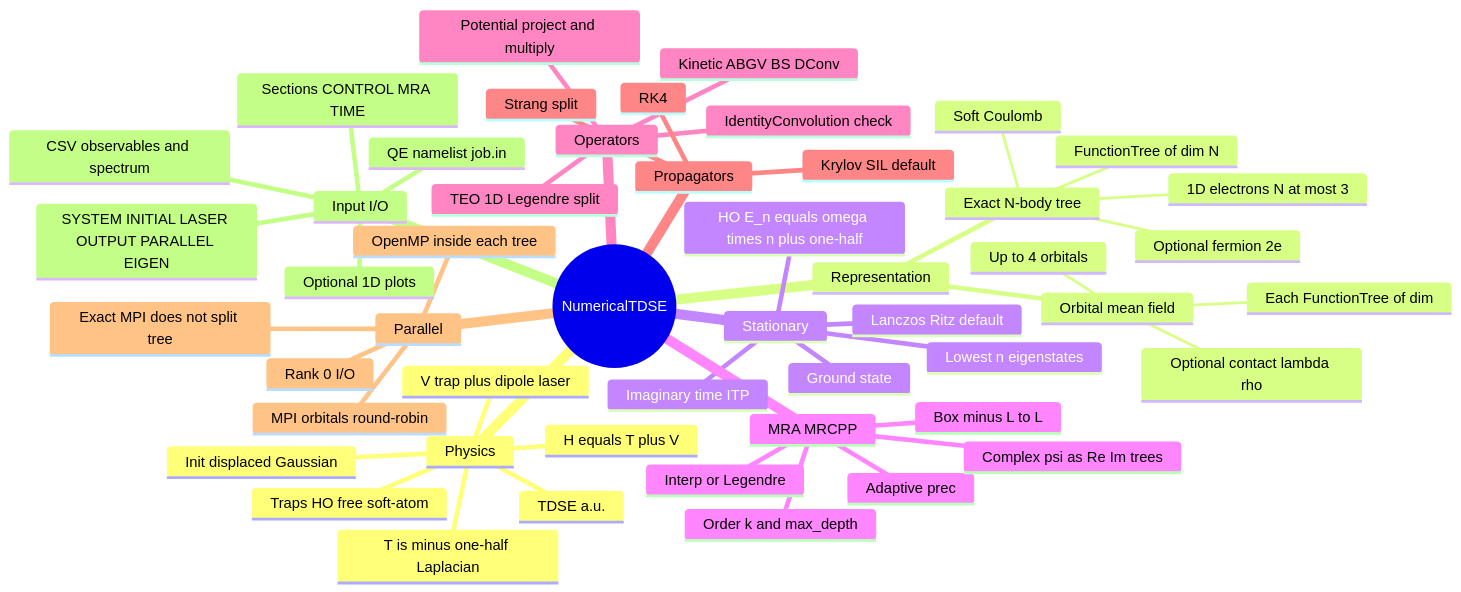
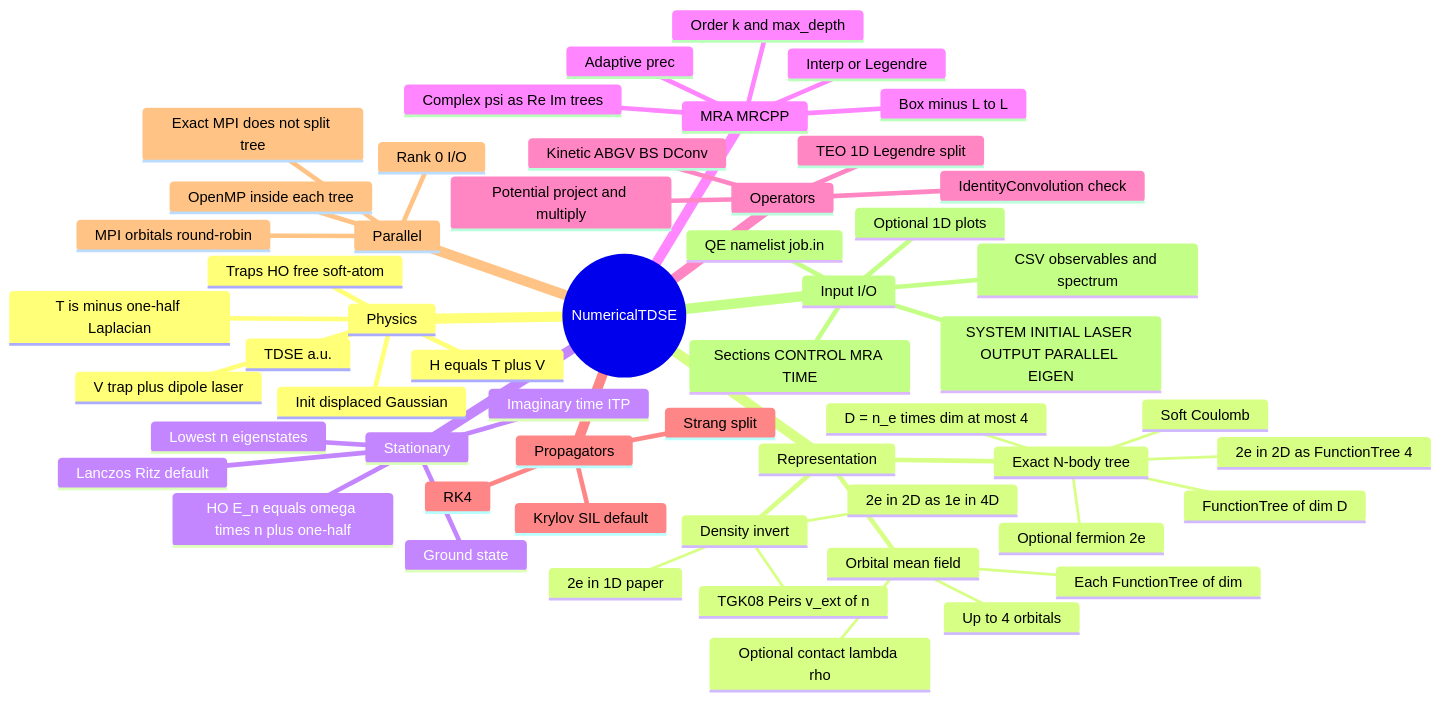
One commit to kluonju/NumericalTDSE changed the first of 2 diagrams in README.md. Above: the diagram before and after it, drawn with Mermaid. The commit also changed other lines of this file and 20 other files, not shown here.

First line of the commit message:
TGK08 inversion and local FunctionTree<4> for 2e in 2D (#3)

````diff
--- a/README.md
+++ b/README.md
@@ -16,53 +16,58 @@
 ```mermaid
 mindmap
   root((NumericalTDSE))
     Physics
       TDSE a.u.
       H equals T plus V
       T is minus one-half Laplacian
       V trap plus dipole laser
       Traps HO free soft-atom
       Init displaced Gaussian
     Representation
       Exact N-body tree
-        1D electrons N at most 3
-        FunctionTree of dim N
+        D = n_e times dim at most 4
+        FunctionTree of dim D
         Soft Coulomb
         Optional fermion 2e
+        2e in 2D as FunctionTree 4
+      Density invert
+        TGK08 Peirs v_ext of n
+        2e in 1D paper
+        2e in 2D as 1e in 4D
       Orbital mean field
         Up to 4 orbitals
         Each FunctionTree of dim
         Optional contact lambda rho
     Stationary
       Ground state
       Lowest n eigenstates
       Lanczos Ritz default
       Imaginary time ITP
       HO E_n equals omega times n plus one-half
     MRA MRCPP
       Box minus L to L
       Order k and max_depth
       Adaptive prec
       Interp or Legendre
       Complex psi as Re Im trees
     Operators
       Kinetic ABGV BS DConv
       Potential project and multiply
       IdentityConvolution check
       TEO 1D Legendre split
     Propagators
       Krylov SIL default
       Strang split
       RK4
     Parallel
       OpenMP inside each tree
       MPI orbitals round-robin
       Rank 0 I/O
       Exact MPI does not split tree
     Input I/O
       QE namelist job.in
       Sections CONTROL MRA TIME
       SYSTEM INITIAL LASER OUTPUT PARALLEL EIGEN
       CSV observables and spectrum
       Optional 1D plots
 ```
````
